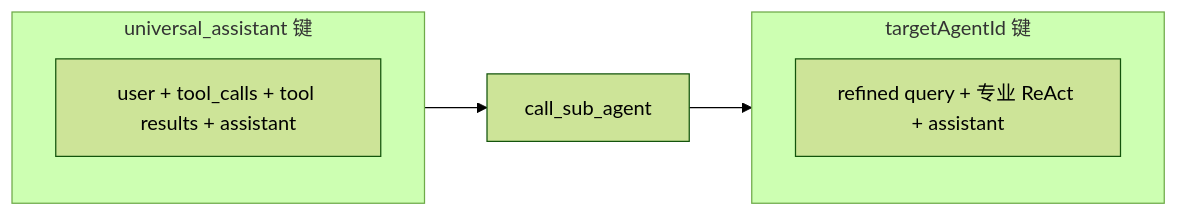
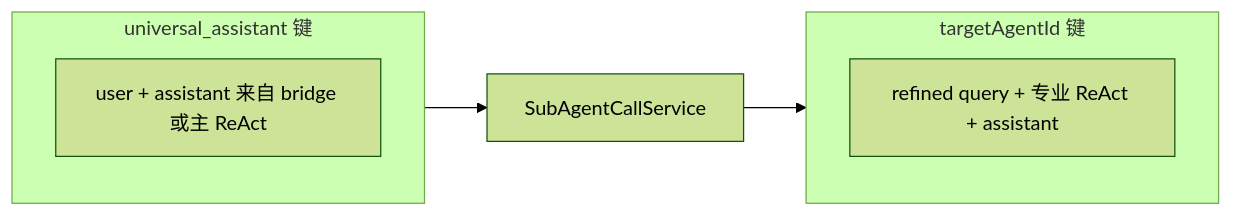
Before and after one commit to j2agent-ai/j2agent-docs: the third of 3 diagrams in 平台/通用助手/README.md, drawn with Mermaid (forest theme). The commit also changed other lines of this file and 7 other files, not shown here.

First line of the commit message:
feat(universal): 实现通用助手被动意图召回与子智能体编排调度

````diff
--- a/平台/通用助手/README.md
+++ b/平台/通用助手/README.md
@@ -80,11 +78,11 @@
 ```mermaid
 flowchart LR
   subgraph universalMem ["universal_assistant 键"]
-    U[user + tool_calls + tool results + assistant]
+    U[user + assistant 来自 bridge 或主 ReAct]
   end
   subgraph specialistMem ["targetAgentId 键"]
     S[refined query + 专业 ReAct + assistant]
   end
-  Call[call_sub_agent] --> specialistMem
+  Call[SubAgentCallService] --> specialistMem
   universalMem --> Call
 ```
````
